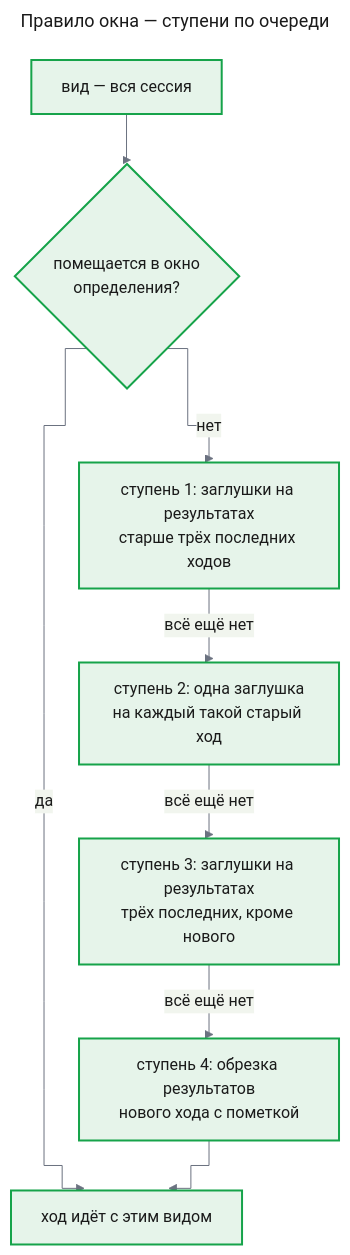
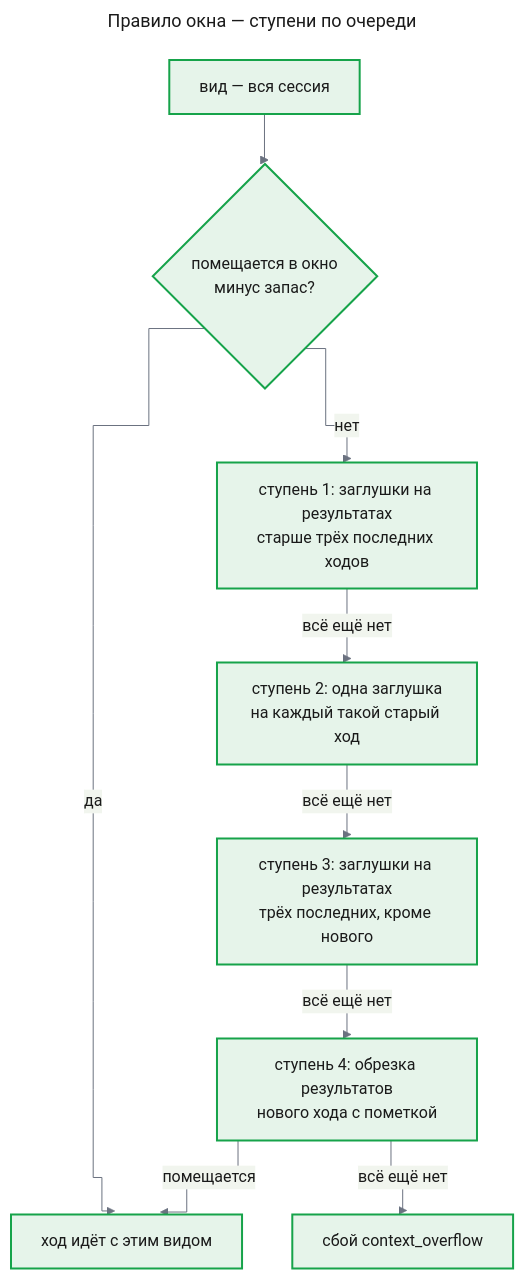
The sixth of 11 diagrams in docs/features/agent-runtime/design-agent-core.md (tundraray/agent-os), drawn with Mermaid before and after one commit. The commit also changed other lines of this file and 1 other file, not shown here.

````diff
--- a/docs/features/agent-runtime/design-agent-core.md
+++ b/docs/features/agent-runtime/design-agent-core.md
@@ -513,32 +518,34 @@
 ```mermaid
 ---
 title: "Правило окна — ступени по очереди"
 config:
   theme: base
   look: classic
   themeVariables:
     primaryColor: "#eef1f5"
     primaryBorderColor: "#4b5563"
     primaryTextColor: "#1a1a1a"
     lineColor: "#6b7280"
   flowchart:
     curve: step
 ---
 flowchart TB
     full["вид — вся сессия"]
-    fit{"помещается в окно<br/>определения?"}
+    fit{"помещается в окно<br/>минус запас?"}
     st1["ступень 1: заглушки на результатах<br/>старше трёх последних ходов"]
     st2["ступень 2: одна заглушка<br/>на каждый такой старый ход"]
     st3["ступень 3: заглушки на результатах<br/>трёх последних, кроме нового"]
     st4["ступень 4: обрезка результатов<br/>нового хода с пометкой"]
     go["ход идёт с этим видом"]
+    fail["сбой context_overflow"]
     full --> fit
     fit -->|"да"| go
     fit -->|"нет"| st1
     st1 -->|"всё ещё нет"| st2
     st2 -->|"всё ещё нет"| st3
     st3 -->|"всё ещё нет"| st4
-    st4 --> go
+    st4 -->|"помещается"| go
+    st4 -->|"всё ещё нет"| fail
     classDef new fill:#e6f4ea,stroke:#16a34a,stroke-width:2px,color:#1a1a1a
-    class full,fit,st1,st2,st3,st4,go new
+    class full,fit,st1,st2,st3,st4,go,fail new
 ```
````
